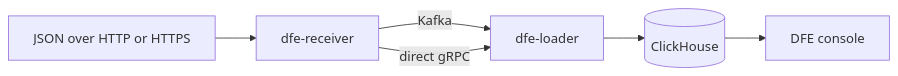
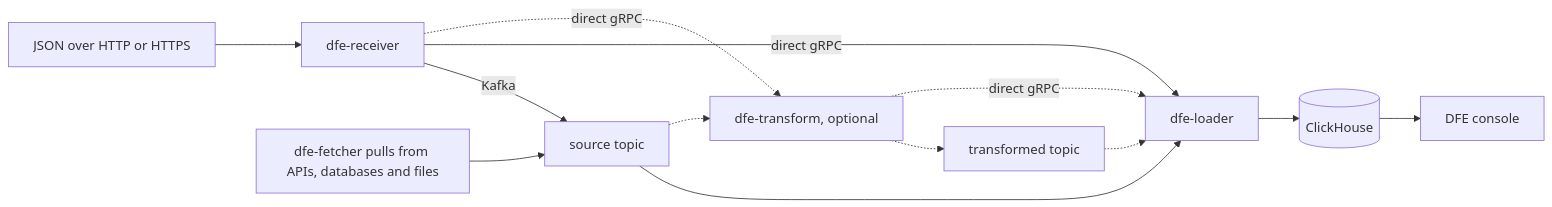
One commit to hyperi-io/dfe-infra changed the diagram in docs-site/content-root/README.md. Above: the diagram before and after it, drawn with Mermaid. The commit also changed other lines of this file and 1 other file, not shown here.

First paragraph of the commit message:
docs(overview): show transform and dfe-fetcher in pipeline diagram (#1050)
* docs(overview): show transform and dfe-fetcher in pipeline diagram

````diff
--- a/docs-site/content-root/README.md
+++ b/docs-site/content-root/README.md
@@ -19,8 +19,12 @@
 ```mermaid
 flowchart LR
   S[JSON over HTTP or HTTPS] --> R[dfe-receiver]
-  R -->|Kafka| L[dfe-loader]
+  R -->|Kafka| K1[source topic]
+  F[dfe-fetcher pulls from APIs, databases and files] --> K1
+  K1 --> L[dfe-loader]
+  K1 -.-> T[dfe-transform, optional] -.-> K2[transformed topic] -.-> L
   R -->|direct gRPC| L
+  R -.->|direct gRPC| T -.->|direct gRPC| L
   L --> C[(ClickHouse)]
   C --> H[DFE console]
 ```
````
